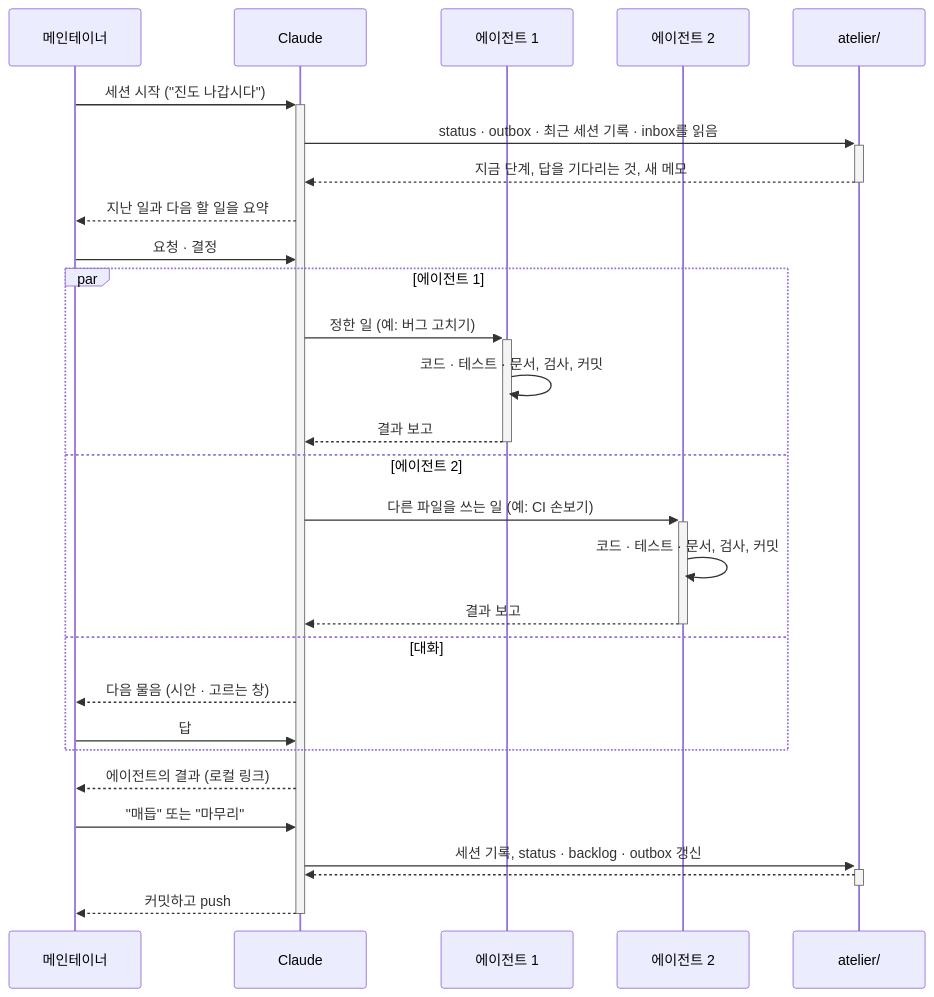
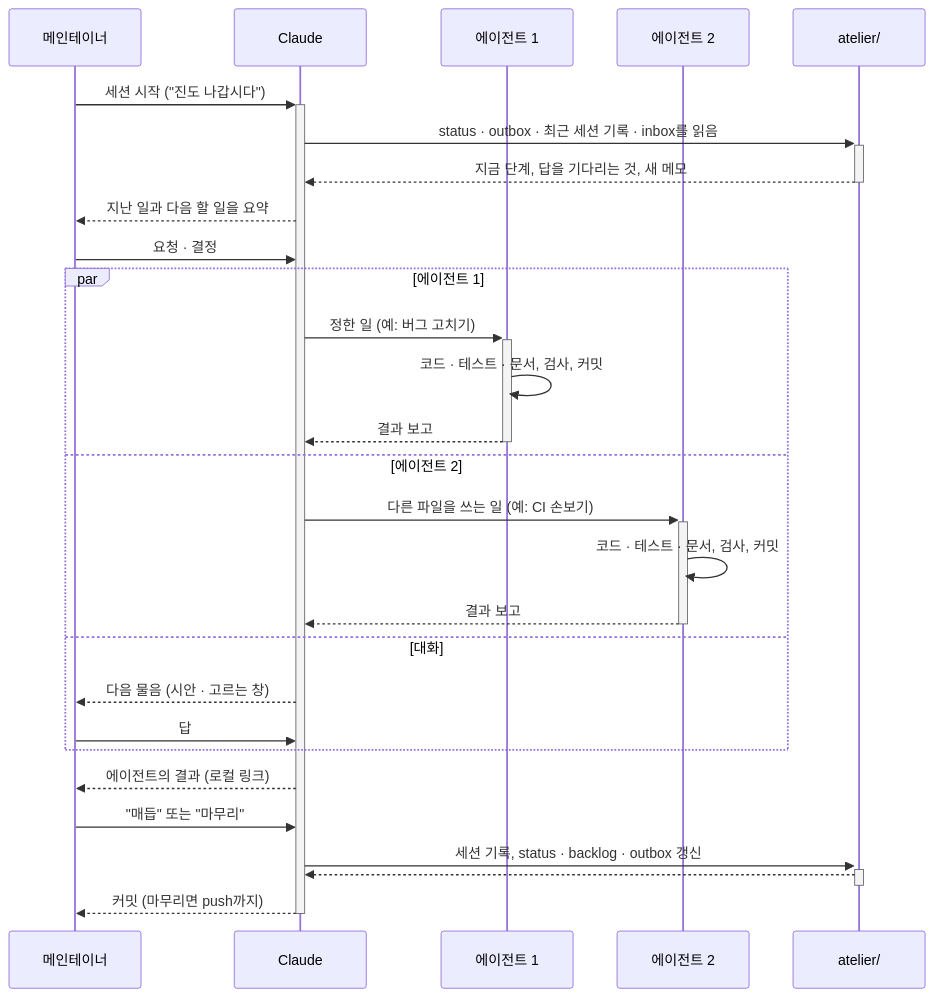
Before and after one commit to reddiana/AriadneNSD: the second of 3 diagrams in atelier/how-we-work.md, drawn with Mermaid. The commit also changed other lines of this file and 1 other file, not shown here.

````diff
--- a/atelier/how-we-work.md
+++ b/atelier/how-we-work.md
@@ -41,30 +41,30 @@
 ```mermaid
 sequenceDiagram
   participant M as 메인테이너
   participant C as Claude
   participant G1 as 에이전트 1
   participant G2 as 에이전트 2
   participant A as atelier/
   M->>+C: 세션 시작 ("진도 나갑시다")
   C->>+A: status · outbox · 최근 세션 기록 · inbox를 읽음
   A-->>-C: 지금 단계, 답을 기다리는 것, 새 메모
   C-->>M: 지난 일과 다음 할 일을 요약
   M->>C: 요청 · 결정
   par 에이전트 1
     C->>+G1: 정한 일 (예: 버그 고치기)
     G1->>G1: 코드 · 테스트 · 문서, 검사, 커밋
     G1-->>-C: 결과 보고
   and 에이전트 2
     C->>+G2: 다른 파일을 쓰는 일 (예: CI 손보기)
     G2->>G2: 코드 · 테스트 · 문서, 검사, 커밋
     G2-->>-C: 결과 보고
   and 대화
     C-->>M: 다음 물음 (시안 · 고르는 창)
     M->>C: 답
   end
   C-->>M: 에이전트의 결과 (로컬 링크)
   M->>C: "매듭" 또는 "마무리"
   C->>+A: 세션 기록, status · backlog · outbox 갱신
   A-->>-C: 
-  C-->>-M: 커밋하고 push
+  C-->>-M: 커밋 (마무리면 push까지)
 ```
````
